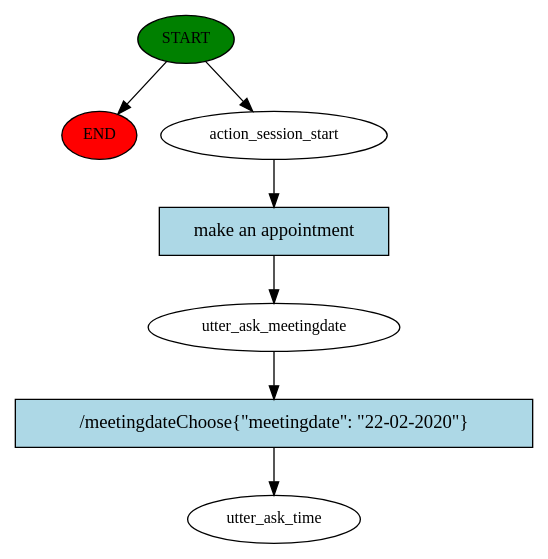
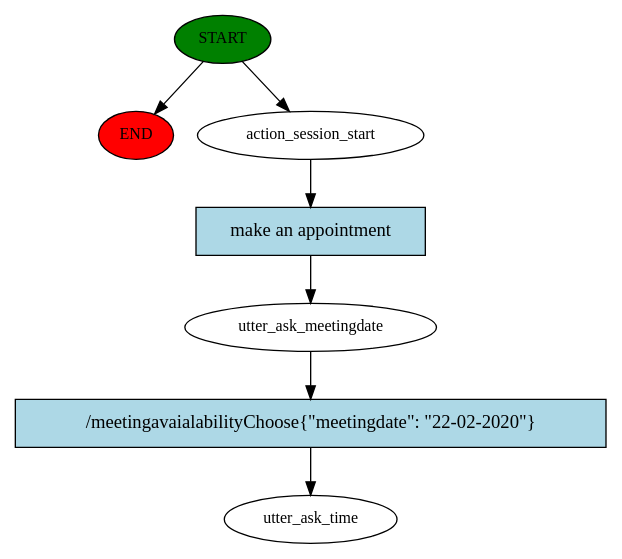
One commit to iamurali/meetingbot changed the diagram in story_graph.dot. Above: the diagram before and after it, drawn with Graphviz. The commit also changed 4 other files, not shown here.

```diff
--- a/story_graph.dot
+++ b/story_graph.dot
@@ -1,15 +1,15 @@
 digraph  {
 0 [class="start active", fillcolor=green, fontsize=12, label=START, style=filled];
 "-1" [class=end, fillcolor=red, fontsize=12, label=END, style=filled];
 1 [class=active, fontsize=12, label=action_session_start];
 2 [class=active, fontsize=12, label=utter_ask_meetingdate];
 3 [class="dashed active", fontsize=12, label=utter_ask_time];
 4 [class="intent active", fillcolor=lightblue, label="make an appointment", shape=rect, style=filled];
-5 [class="intent active", fillcolor=lightblue, label="/meetingdateChoose{\"meetingdate\": \"22-02-2020\"}", shape=rect, style=filled];
+5 [class="intent active", fillcolor=lightblue, label="/meetingavaialabilityChoose{\"meetingdate\": \"22-02-2020\"}", shape=rect, style=filled];
 0 -> "-1"  [class="", key=NONE, label=""];
 0 -> 1  [class=active, key=NONE, label=""];
 1 -> 4  [class=active, key=0];
 2 -> 5  [class=active, key=0];
 4 -> 2  [class=active, key=0];
 5 -> 3  [class=active, key=0];
 }
```
